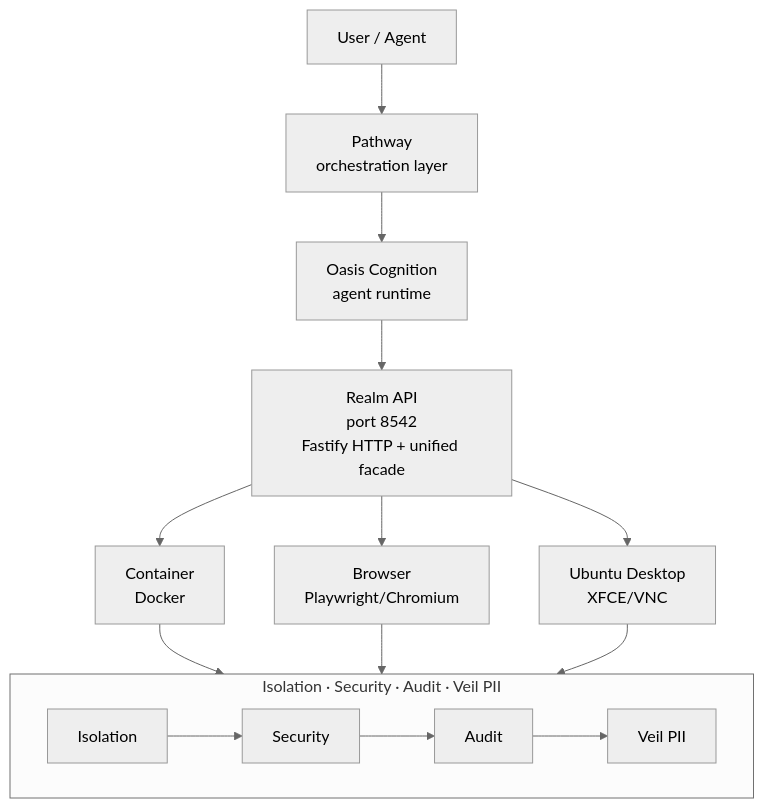
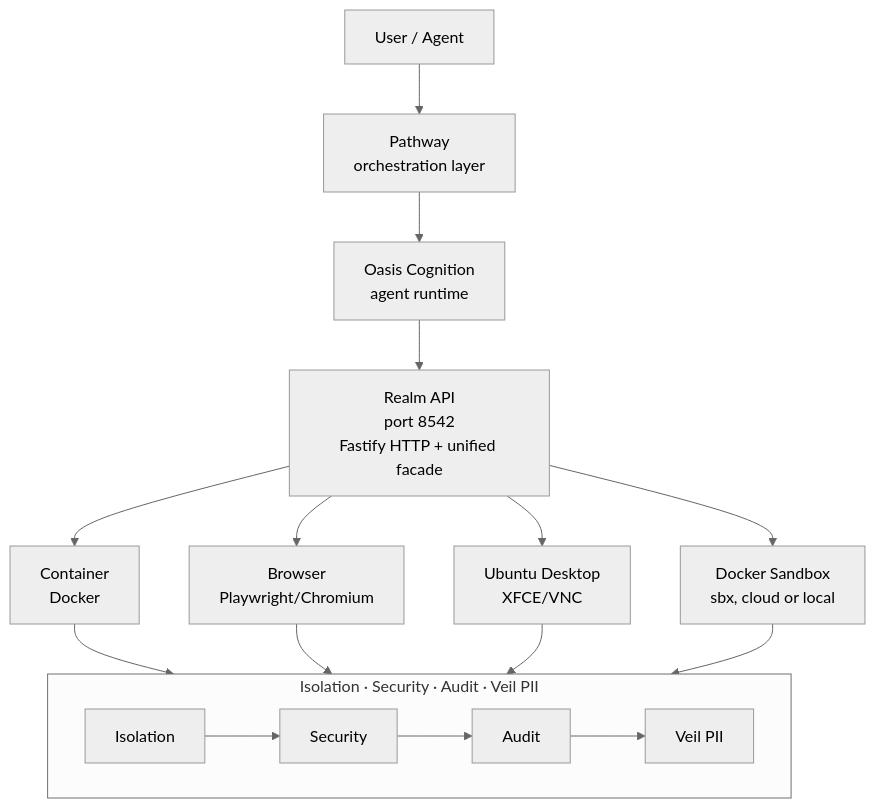
Before and after one commit to theaiinc/realm: the diagram in README.md, drawn with Mermaid (neutral theme). The commit also changed other lines of this file and 10 other files, not shown here.

First line of the commit message:
feat: Docker Sandbox engine (realm-sandbox) (#2)

````diff
--- a/README.md
+++ b/README.md
@@ -20,18 +20,20 @@
 ```mermaid
 graph TD
     UA[User / Agent] --> PO[Pathway<br/>orchestration layer]
     PO --> OC[Oasis Cognition<br/>agent runtime]
     OC --> RA[Realm API<br/>port 8542<br/>Fastify HTTP + unified facade]
     RA --> CE[Container<br/>Docker]
     RA --> BE[Browser<br/>Playwright/Chromium]
     RA --> UE[Ubuntu Desktop<br/>XFCE/VNC]
+    RA --> DS[Docker Sandbox<br/>sbx, cloud or local]
     subgraph CC[Isolation · Security · Audit · Veil PII]
         direction LR
         I[Isolation] --> S[Security]
         S --> A[Audit]
         A --> V[Veil PII]
     end
     CE --> CC
     BE --> CC
     UE --> CC
+    DS --> CC
 ```
````
